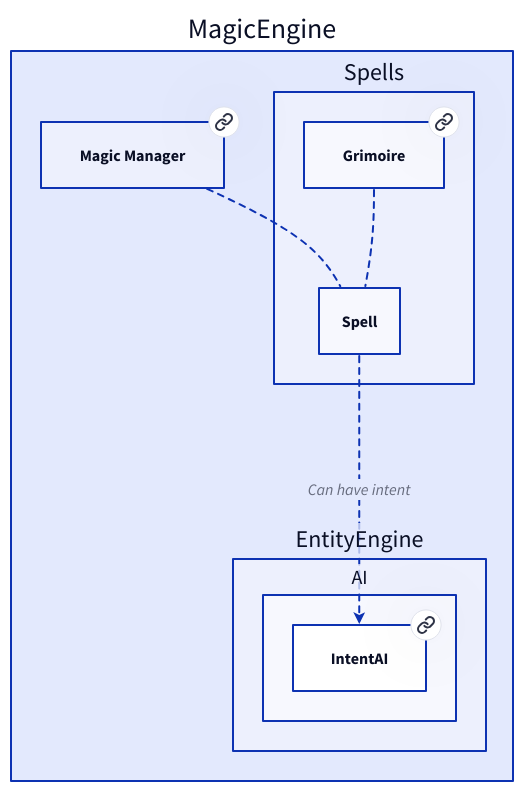
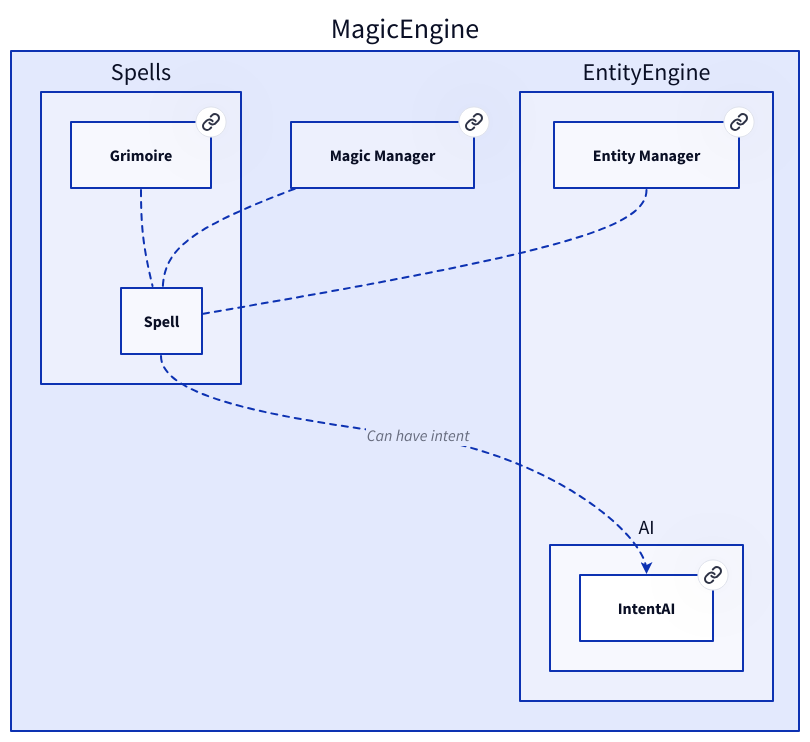
One commit to Portevent/Brume-Documentation changed the diagram in doc/MagicEngine/Spells/Spell.md. Above: the diagram before and after it, drawn with D2. The commit also changed other lines of this file and 128 other files, not shown here.

````diff
--- a/doc/MagicEngine/Spells/Spell.md
+++ b/doc/MagicEngine/Spells/Spell.md
@@ -25,29 +25,33 @@
 ```d2
 # Nodes :
 MagicEngine: {
-    MagicManager: Magic Manager {
-       link: MagicManager
+    Spells: {
+        Grimoire: Grimoire {
+           link: Grimoire
+        }
     }
     EntityEngine: {
+        EntityManager: Entity Manager {
+           link: EntityManager
+        }
         AI: {
             IntentAI: IntentAI {
                link: IntentAI
             }
         }
     }
-    Spells: {
-        Grimoire: Grimoire {
-           link: Grimoire
-        }
+    MagicManager: Magic Manager {
+       link: MagicManager
     }
 }
 
 # Links :
+MagicEngine.Spells.Grimoire -- MagicEngine.Spells.Spell: {style.stroke-dash: 3}
 MagicEngine.MagicManager -- MagicEngine.Spells.Spell: {style.stroke-dash: 3}
-MagicEngine.Spells.Grimoire -- MagicEngine.Spells.Spell: {style.stroke-dash: 3}
+MagicEngine.EntityEngine.EntityManager -- MagicEngine.Spells.Spell: {style.stroke-dash: 3}
 MagicEngine.Spells.Spell -> MagicEngine.EntityEngine.AI.IntentAI: Can have intent {style.stroke-dash: 3
 source-arrowhead: {}
 target-arrowhead: {shape: arrow}
 }
 
 ```
````
